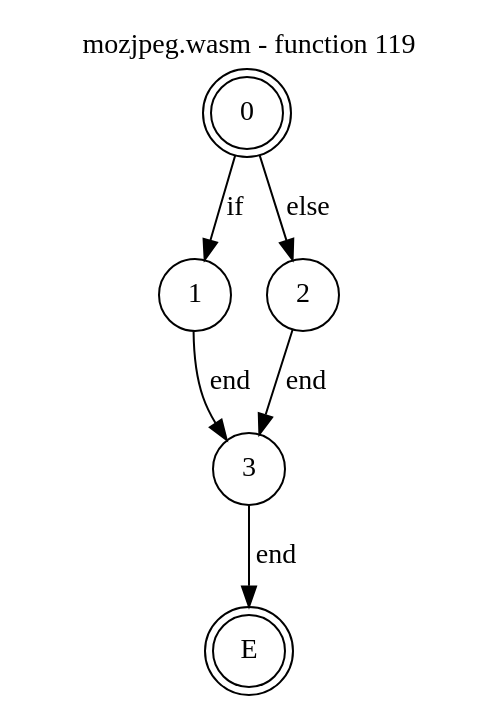
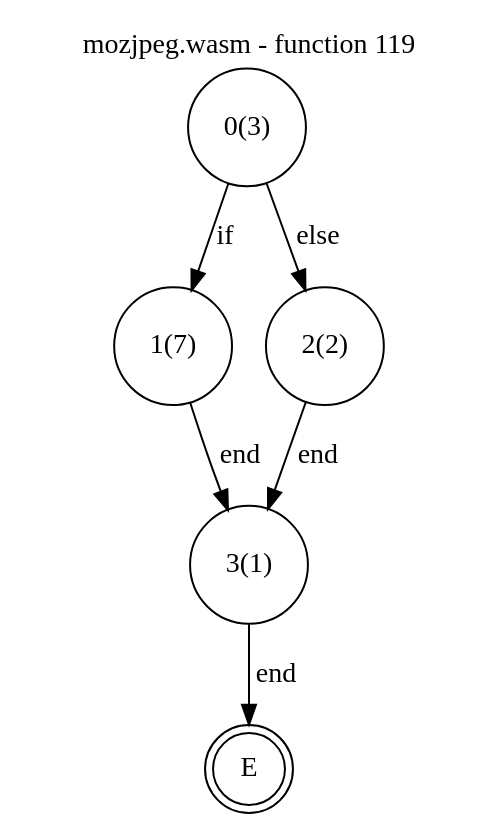
The diagram in test_cases/mozjpeg/funcs/mozjpeg-func119.dot (jsCarleton/wanalyze), drawn with Graphviz before and after one commit. The commit also changed 592 other files, not shown here.

```diff
--- a/test_cases/mozjpeg/funcs/mozjpeg-func119.dot
+++ b/test_cases/mozjpeg/funcs/mozjpeg-func119.dot
@@ -1,14 +1,18 @@
 digraph finite_state_machine {
     label = "mozjpeg.wasm - function 119"
     labelloc =  t
     labelfontsize = 16
     labelfontcolor = black
     labelfontname = "Helvetica"
-    node [shape = doublecircle]; 0 E ;
-    node [shape = circle];
+    node [shape = doublecircle]; E ;
+node [shape=circle, fontcolor=black, style="", label="0(3)"]0
+node [shape=circle, fontcolor=black, style="", label="1(7)"]1
+node [shape=circle, fontcolor=black, style="", label="2(2)"]2
+node [shape=circle, fontcolor=black, style="", label="3(1)"]3
+node [shape=circle, fontcolor=black, style="", label="E"]E
     0 -> 1[label="if"];
     0 -> 2[label="else"];
     1 -> 3[label="end"];
     2 -> 3[label="end"];
     3 -> E[label="end"];
 }
```
